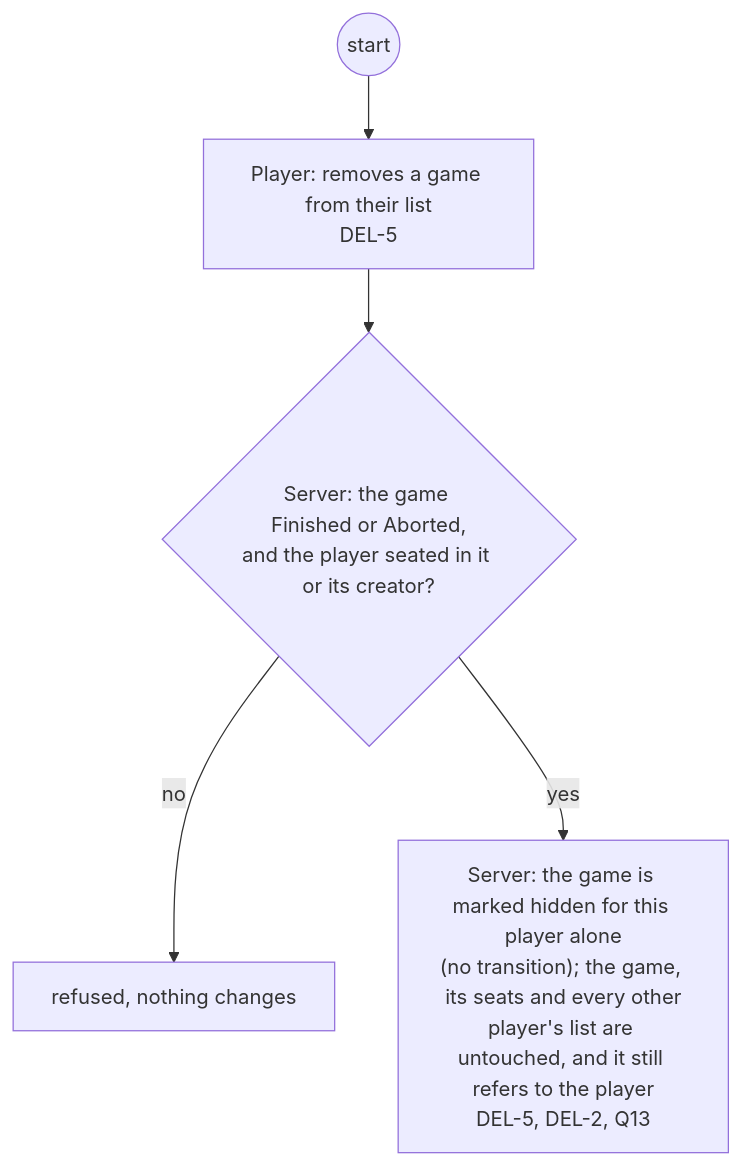
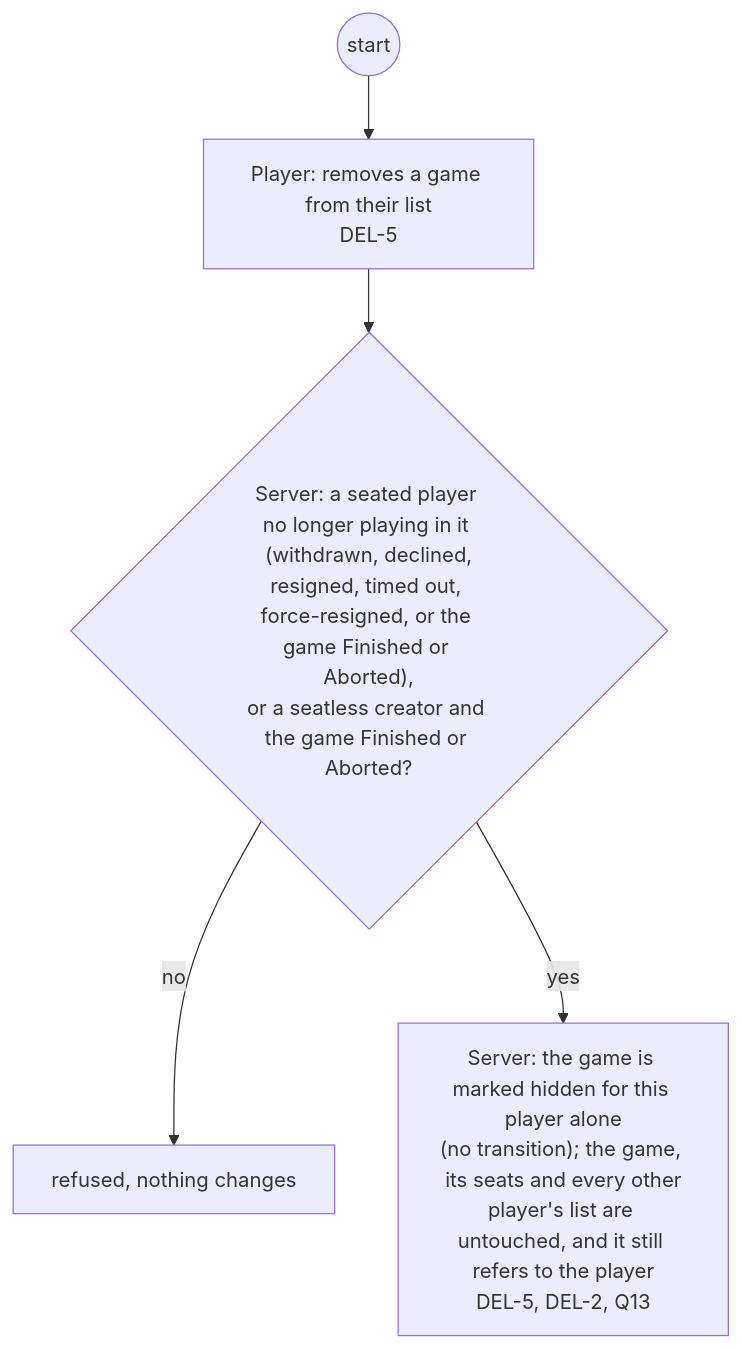
The tenth of 16 diagrams in applications/tile-lite-elite/3.1.7-changes/workstreams/application-game-architecture/71-one-game-model/71-journeys-u4-u6.md (delphside/programme), drawn with Mermaid before and after one commit. The commit also changed 4 other files, not shown here.

````diff
--- a/applications/tile-lite-elite/3.1.7-changes/workstreams/application-game-architecture/71-one-game-model/71-journeys-u4-u6.md
+++ b/applications/tile-lite-elite/3.1.7-changes/workstreams/application-game-architecture/71-one-game-model/71-journeys-u4-u6.md
@@ -143,7 +143,7 @@
 ```mermaid
 flowchart TD
   s0((start)) --> p1["Player: removes a game from their list<br/>DEL-5"]
-  p1 --> v1{"Server: the game Finished or Aborted,<br/>and the player seated in it or its creator?"}
+  p1 --> v1{"Server: a seated player no longer playing in it (withdrawn, declined,<br/>resigned, timed out, force-resigned, or the game Finished or Aborted),<br/>or a seatless creator and the game Finished or Aborted?"}
   v1 -- no --> r1["refused, nothing changes"]
   v1 -- yes --> t1["Server: the game is marked hidden for this player alone<br/>(no transition); the game, its seats and every other<br/>player's list are untouched, and it still refers to the player<br/>DEL-5, DEL-2, Q13"]
 ```
````
